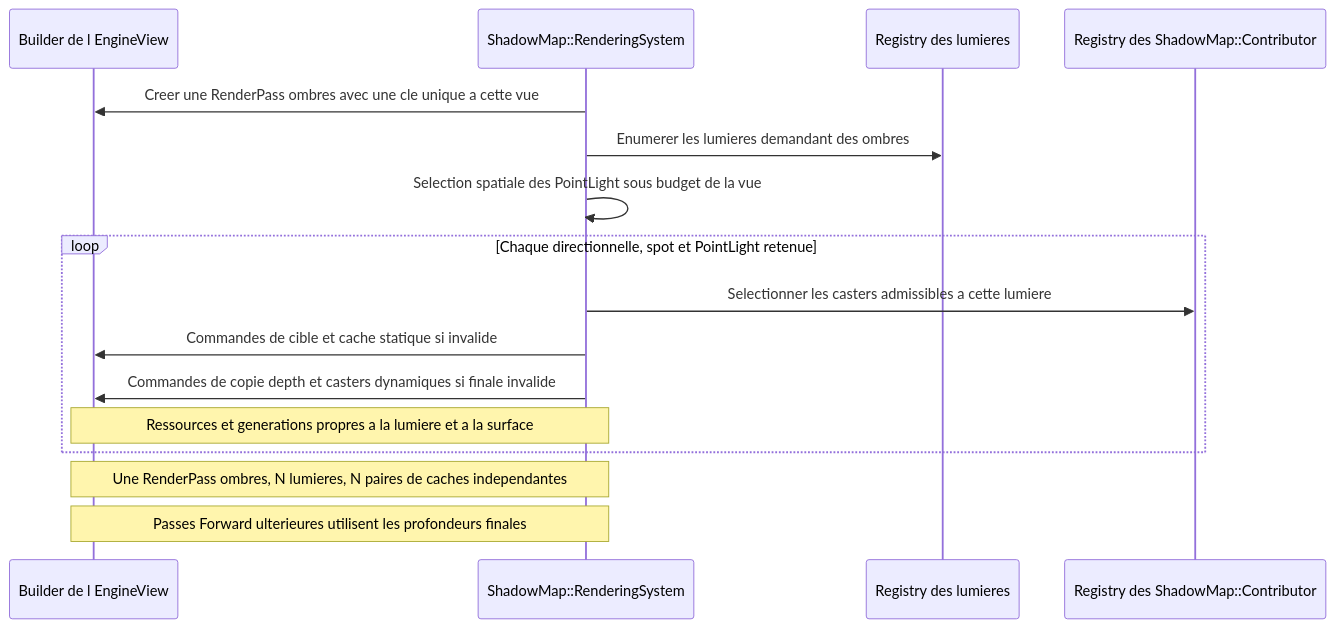
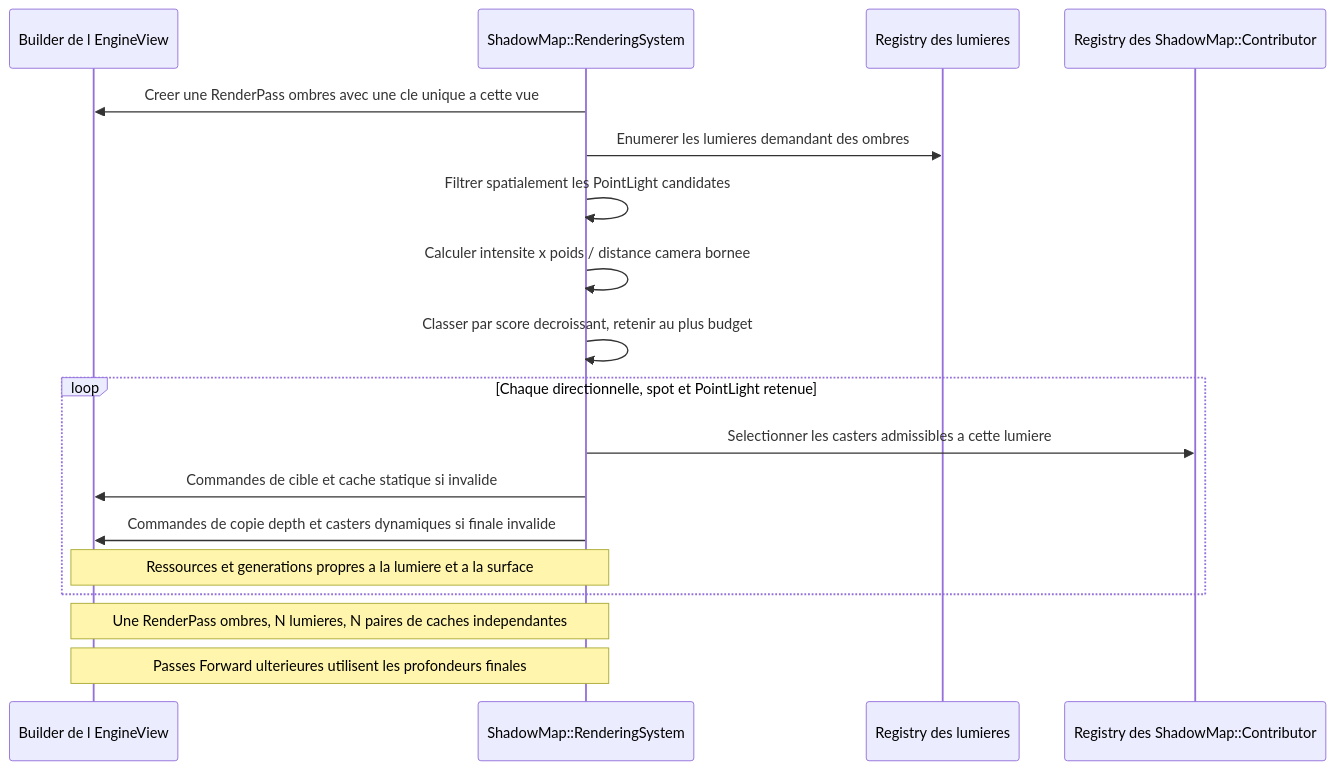
One commit to EreliaStudio/Sparkle changed the sixth of 18 diagrams in docs/voxel-engine-v0.1.4-specification.md. Above: the diagram before and after it, drawn with Mermaid. The commit also changed other lines of this file, not shown here.

Commit message:
docs(v0.1.4): rank point-light shadow candidates by weighted intensity over bounded camera distance

````diff
--- a/docs/voxel-engine-v0.1.4-specification.md
+++ b/docs/voxel-engine-v0.1.4-specification.md
@@ -601,18 +601,20 @@
 ```mermaid
 sequenceDiagram
     participant V as Builder de l EngineView
     participant S as ShadowMap::RenderingSystem
     participant L as Registry des lumieres
     participant C as Registry des ShadowMap::Contributor
     S->>V: Creer une RenderPass ombres avec une cle unique a cette vue
     S->>L: Enumerer les lumieres demandant des ombres
-    S->>S: Selection spatiale des PointLight sous budget de la vue
+    S->>S: Filtrer spatialement les PointLight candidates
+    S->>S: Calculer intensite x poids / distance camera bornee
+    S->>S: Classer par score decroissant, retenir au plus budget
     loop Chaque directionnelle, spot et PointLight retenue
         S->>C: Selectionner les casters admissibles a cette lumiere
         S->>V: Commandes de cible et cache statique si invalide
         S->>V: Commandes de copie depth et casters dynamiques si finale invalide
         Note over S,V: Ressources et generations propres a la lumiere et a la surface
     end
     Note over V,S: Une RenderPass ombres, N lumieres, N paires de caches independantes
     Note over V,S: Passes Forward ulterieures utilisent les profondeurs finales
 ```
````
